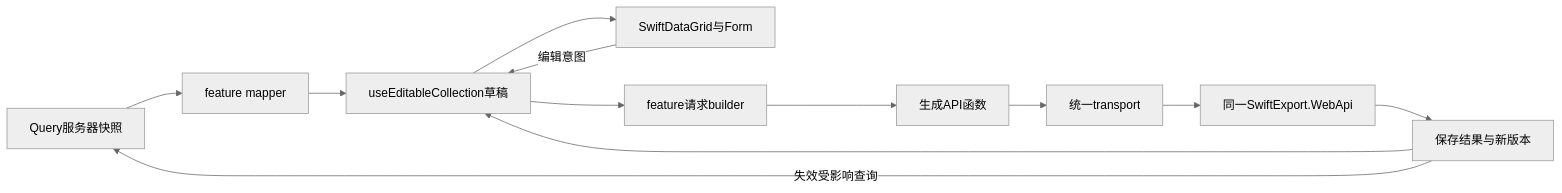
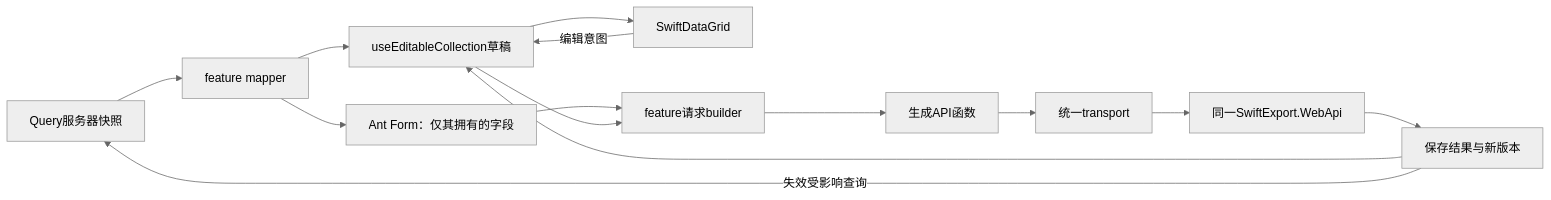
The diagram in docs/web-frontend-architecture.md (yanwei175/SwiftExport), drawn with Mermaid (neutral theme) before and after one commit. The commit also changed other lines of this file and 46 other files, not shown here.

````diff
--- a/docs/web-frontend-architecture.md
+++ b/docs/web-frontend-architecture.md
@@ -64,14 +64,16 @@
 ```mermaid
 flowchart LR
   Q[Query服务器快照] --> M[feature mapper]
   M --> E[useEditableCollection草稿]
-  E --> G[SwiftDataGrid与Form]
+  E --> G[SwiftDataGrid]
+  M --> F[Ant Form：仅其拥有的字段]
+  F --> B
   G -->|编辑意图| E
   E --> B[feature请求builder]
   B --> C[生成API函数]
   C --> T[统一transport]
   T --> A[同一SwiftExport.WebApi]
   A --> R[保存结果与新版本]
   R --> E
   R -->|失效受影响查询| Q
 ```
````
